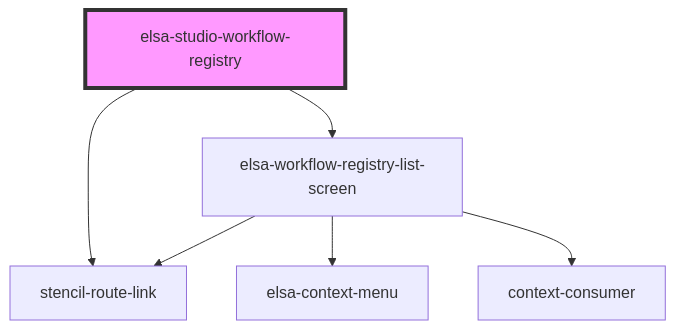
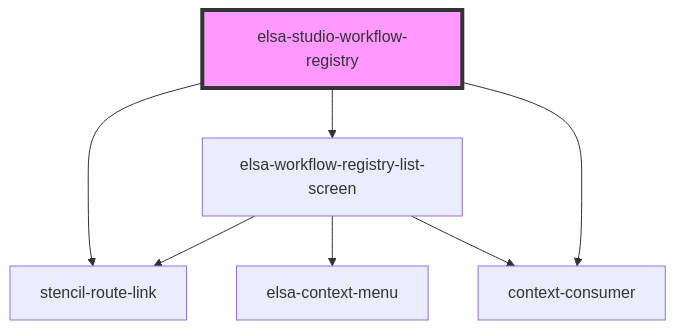
One commit to elsa-workflows/elsa-core changed the diagram in src/designer/elsa-workflows-studio/src/components/dashboard/pages/elsa-studio-workflow-registry/readme.md. Above: the diagram before and after it, drawn with Mermaid. The commit also changed other lines of this file and 9 other files, not shown here.

````diff
--- a/src/designer/elsa-workflows-studio/src/components/dashboard/pages/elsa-studio-workflow-registry/readme.md
+++ b/src/designer/elsa-workflows-studio/src/components/dashboard/pages/elsa-studio-workflow-registry/readme.md
@@ -23,9 +25,10 @@
 ```mermaid
 graph TD;
   elsa-studio-workflow-registry --> stencil-route-link
   elsa-studio-workflow-registry --> elsa-workflow-registry-list-screen
+  elsa-studio-workflow-registry --> context-consumer
   elsa-workflow-registry-list-screen --> stencil-route-link
   elsa-workflow-registry-list-screen --> elsa-context-menu
   elsa-workflow-registry-list-screen --> context-consumer
   style elsa-studio-workflow-registry fill:#f9f,stroke:#333,stroke-width:4px
 ```
````
